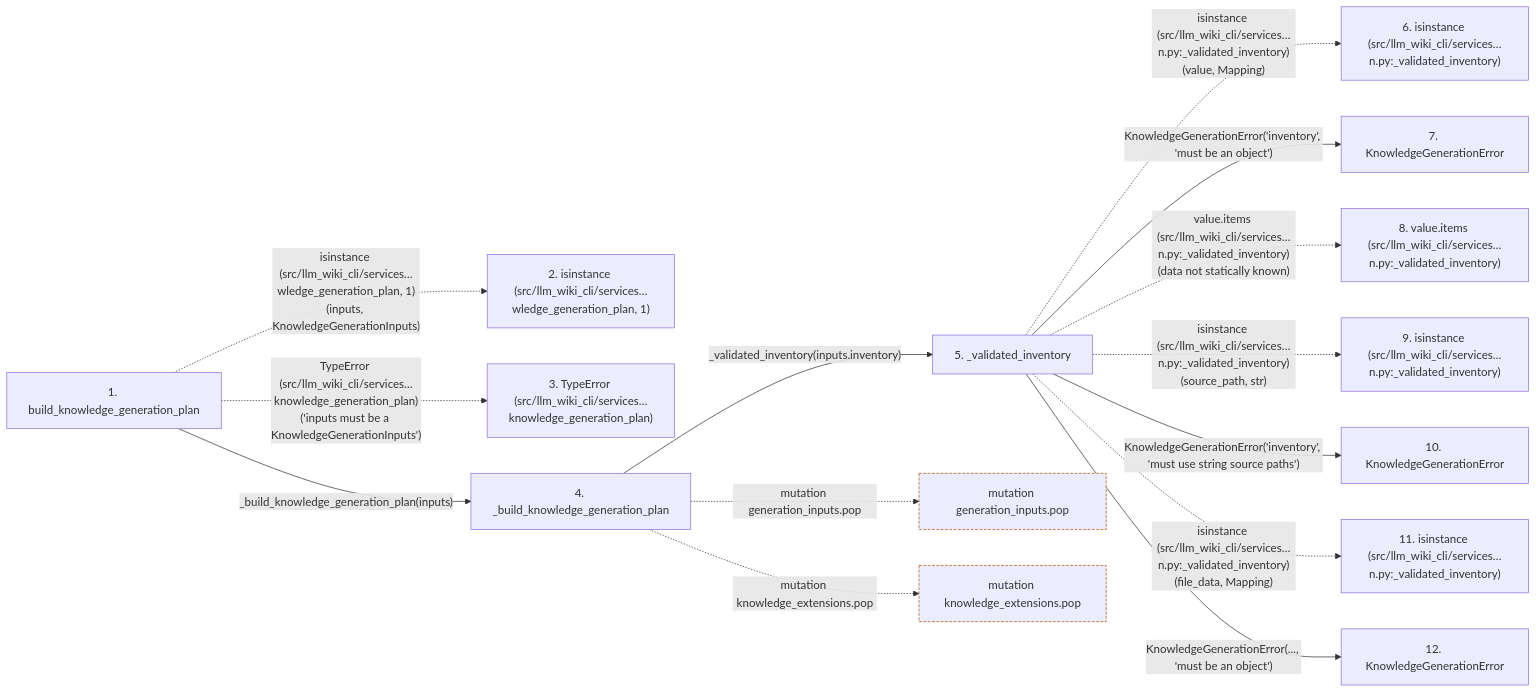
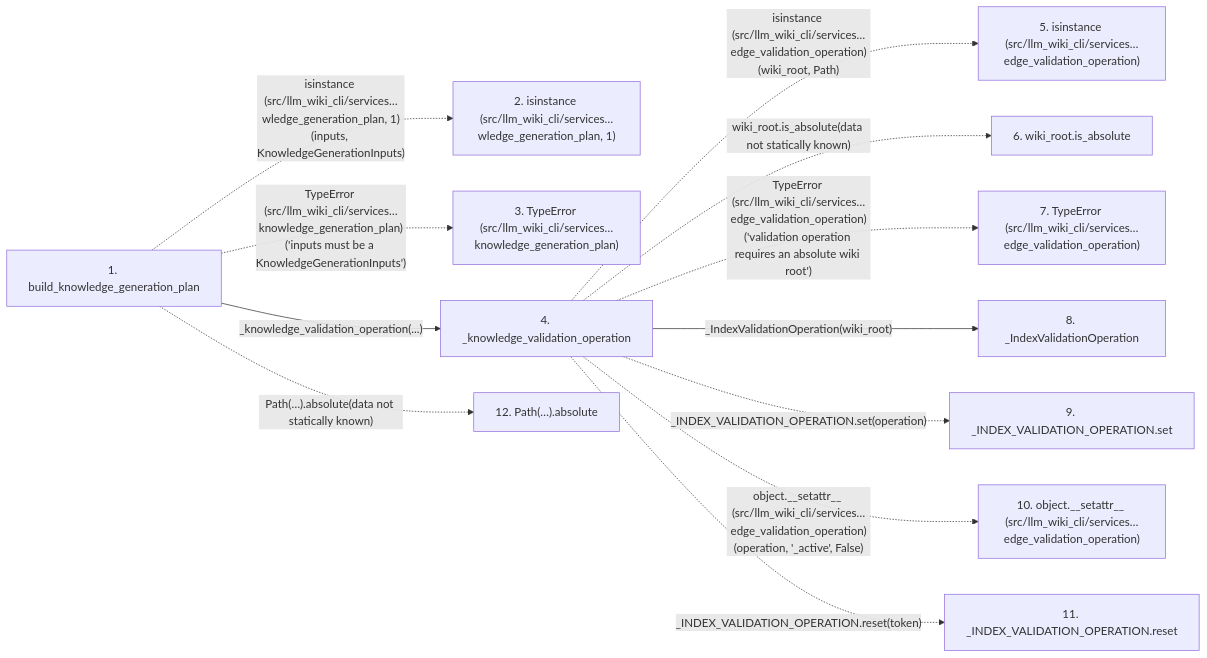
One commit to Denissvgn/python-wiki-llm changed the second of 2 diagrams in docs/llm_wiki/flows/api-build_knowledge_generation_plan.md. Above: the diagram before and after it, drawn with Mermaid. The commit also changed other lines of this file and 450 other files, not shown here.

Commit message:
Refresh maintained wiki from qualified source and workflow guidance

````diff
--- a/docs/llm_wiki/flows/api-build_knowledge_generation_plan.md
+++ b/docs/llm_wiki/flows/api-build_knowledge_generation_plan.md
@@ -134,39 +137,29 @@
 ```mermaid
 flowchart LR
     s1["1. build_knowledge_generation_plan"]
     s2["2. isinstance (src/llm_wiki_cli/services…wledge_generation_plan, 1)"]
     s3["3. TypeError (src/llm_wiki_cli/services…knowledge_generation_plan)"]
-    s4["4. _build_knowledge_generation_plan"]
-    s5["5. _validated_inventory"]
-    s6["6. isinstance (src/llm_wiki_cli/services…n.py:_validated_inventory)"]
-    s7["7. KnowledgeGenerationError"]
-    s8["8. value.items (src/llm_wiki_cli/services…n.py:_validated_inventory)"]
-    s9["9. isinstance (src/llm_wiki_cli/services…n.py:_validated_inventory)"]
-    s10["10. KnowledgeGenerationError"]
-    s11["11. isinstance (src/llm_wiki_cli/services…n.py:_validated_inventory)"]
-    s12["12. KnowledgeGenerationError"]
+    s4["4. _knowledge_validation_operation"]
+    s5["5. isinstance (src/llm_wiki_cli/services…edge_validation_operation)"]
+    s6["6. wiki_root.is_absolute"]
+    s7["7. TypeError (src/llm_wiki_cli/services…edge_validation_operation)"]
+    s8["8. _IndexValidationOperation"]
+    s9["9. _INDEX_VALIDATION_OPERATION.set"]
+    s10["10. object.__setattr__ (src/llm_wiki_cli/services…edge_validation_operation)"]
+    s11["11. _INDEX_VALIDATION_OPERATION.reset"]
+    s12["12. Path(…).absolute"]
     s1 -. "isinstance (src/llm_wiki_cli/services…wledge_generation_plan, 1)(inputs, KnowledgeGenerationInputs)" .-> s2
     s1 -. "TypeError (src/llm_wiki_cli/services…knowledge_generation_plan)('inputs must be a KnowledgeGenerationInputs')" .-> s3
-    s1 -->|"_build_knowledge_generation_plan(inputs)"| s4
-    s4 -->|"_validated_inventory(inputs.inventory)"| s5
-    s5 -. "isinstance (src/llm_wiki_cli/services…n.py:_validated_inventory)(value, Mapping)" .-> s6
-    s5 -->|"KnowledgeGenerationError('inventory', 'must be an object')"| s7
-    s5 -. "value.items (src/llm_wiki_cli/services…n.py:_validated_inventory)(data not statically known)" .-> s8
-    s5 -. "isinstance (src/llm_wiki_cli/services…n.py:_validated_inventory)(source_path, str)" .-> s9
-    s5 -->|"KnowledgeGenerationError('inventory', 'must use string source paths')"| s10
-    s5 -. "isinstance (src/llm_wiki_cli/services…n.py:_validated_inventory)(file_data, Mapping)" .-> s11
-    s5 -->|"KnowledgeGenerationError(..., 'must be an object')"| s12
-    b0["mutation generation_inputs.pop"]
-    s4 -. "mutation generation_inputs.pop" .-> b0
-    b1["mutation knowledge_extensions.pop"]
-    s4 -. "mutation knowledge_extensions.pop" .-> b1
+    s1 -->|"_knowledge_validation_operation(...)"| s4
+    s4 -. "isinstance (src/llm_wiki_cli/services…edge_validation_operation)(wiki_root, Path)" .-> s5
+    s4 -. "wiki_root.is_absolute(data not statically known)" .-> s6
+    s4 -. "TypeError (src/llm_wiki_cli/services…edge_validation_operation)('validation operation requires an absolute wiki root')" .-> s7
+    s4 -->|"_IndexValidationOperation(wiki_root)"| s8
+    s4 -. "_INDEX_VALIDATION_OPERATION.set(operation)" .-> s9
+    s4 -. "object.__setattr__ (src/llm_wiki_cli/services…edge_validation_operation)(operation, '_active', False)" .-> s10
+    s4 -. "_INDEX_VALIDATION_OPERATION.reset(token)" .-> s11
+    s1 -. "Path(…).absolute(data not statically known)" .-> s12
     click s1 "../modules/knowledge_generation.md"
-    click s4 "../modules/knowledge_generation.md"
-    click s5 "../modules/knowledge_generation.md"
-    click s7 "../modules/knowledge_generation.md"
-    click s10 "../modules/knowledge_generation.md"
-    click s12 "../modules/knowledge_generation.md"
-    classDef boundary stroke:#b45309,stroke-dasharray: 4 2
-    class b0 boundary
-    class b1 boundary
+    click s4 "../modules/knowledge_index.md"
+    click s8 "../modules/knowledge_index.md"
 ```
````
